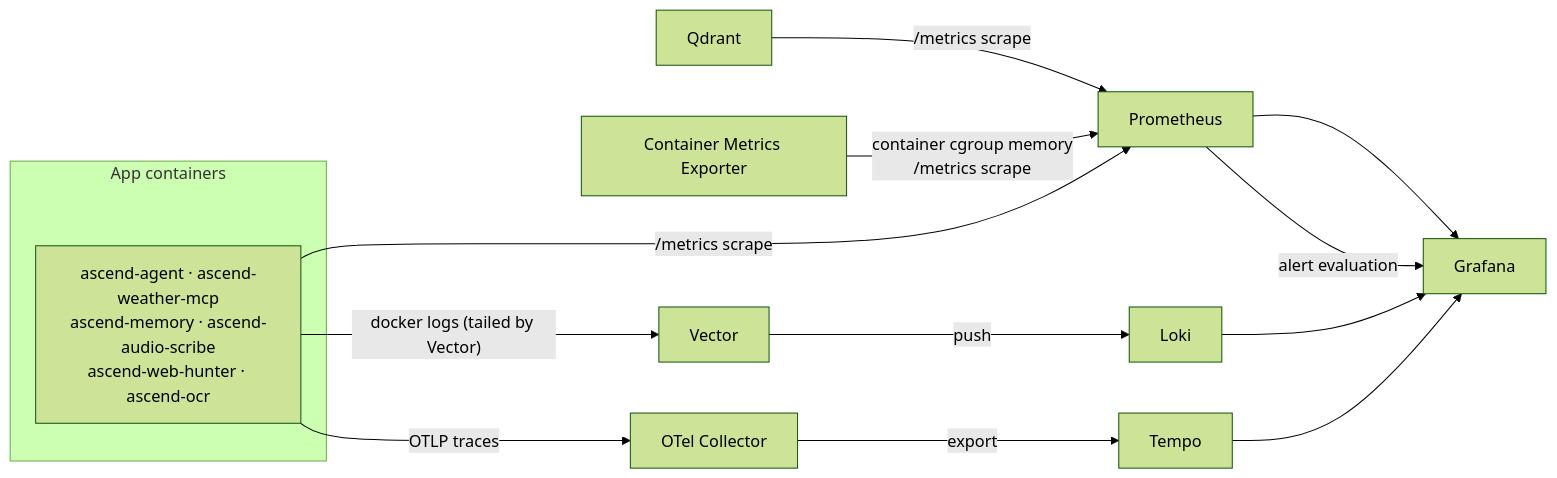
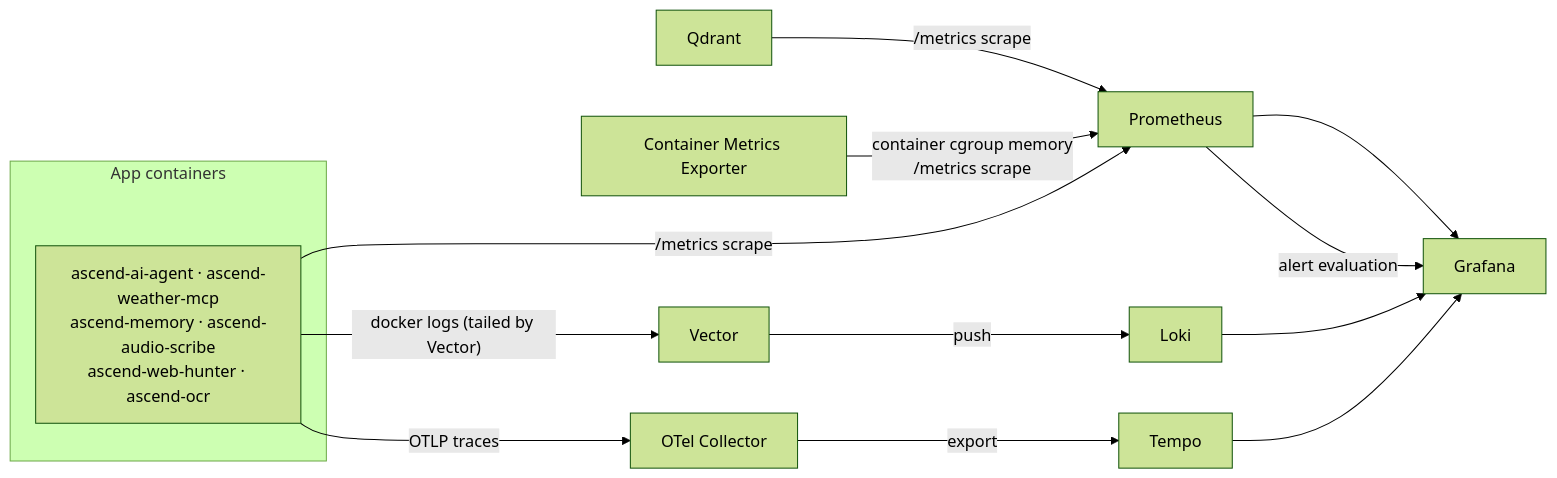
The diagram in infra/observability/README.md (Lukk17/AscendAI), drawn with Mermaid (forest theme) before and after one commit. The commit also changed other lines of this file and 1175 other files, not shown here.

````diff
--- a/infra/observability/README.md
+++ b/infra/observability/README.md
@@ -15,21 +15,21 @@
 ```mermaid
 graph LR
     subgraph "App containers"
-        SVC["ascend-agent · ascend-weather-mcp<br/>ascend-memory · ascend-audio-scribe<br/>ascend-web-hunter · ascend-ocr"]
+        SVC["ascend-ai-agent · ascend-weather-mcp<br/>ascend-memory · ascend-audio-scribe<br/>ascend-web-hunter · ascend-ocr"]
     end
 
     SVC -->|"/metrics scrape"| PROM["Prometheus"]
     QD["Qdrant"] -->|"/metrics scrape"| PROM
     CADV["Container Metrics Exporter"] -->|"container cgroup memory<br/>/metrics scrape"| PROM
 
     SVC -->|"docker logs (tailed by Vector)"| VEC["Vector"]
     VEC -->|"push"| LOKI["Loki"]
 
     SVC -->|"OTLP traces"| OTEL["OTel Collector"]
     OTEL -->|"export"| TEMPO["Tempo"]
 
     PROM --> GRAF["Grafana"]
     LOKI --> GRAF
     TEMPO --> GRAF
     PROM -->|"alert evaluation"| GRAF
 ```
````
